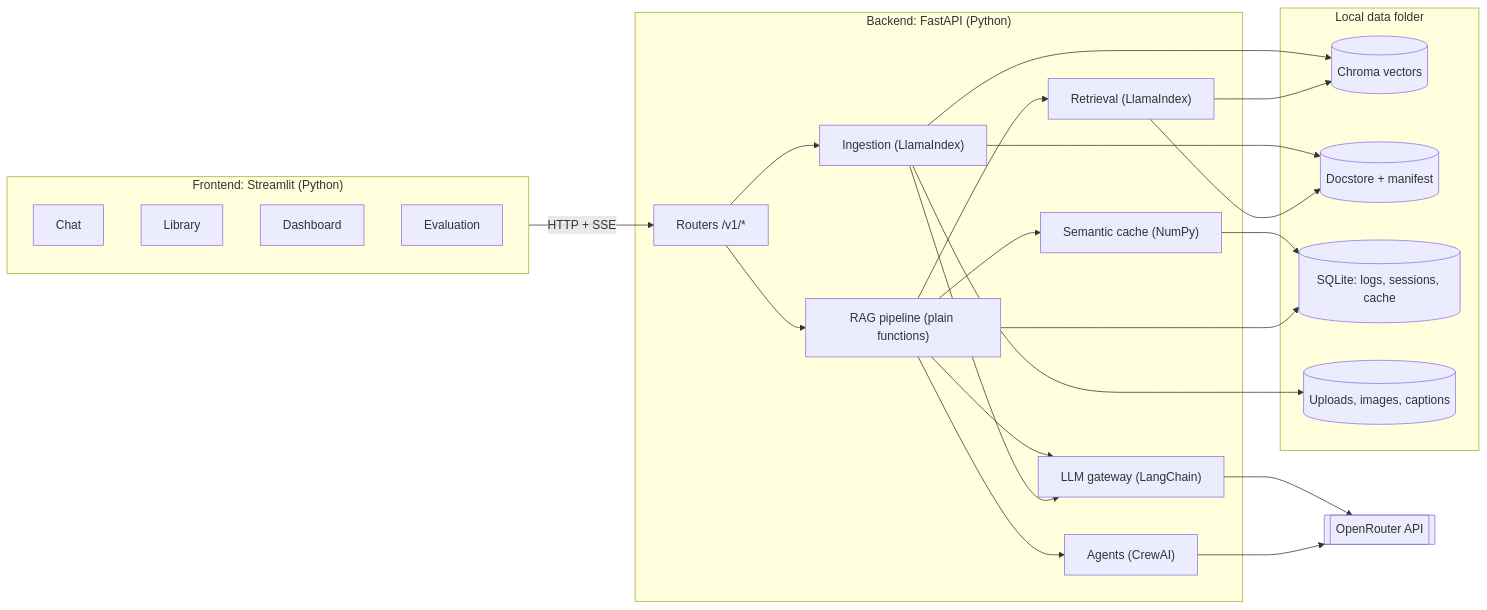
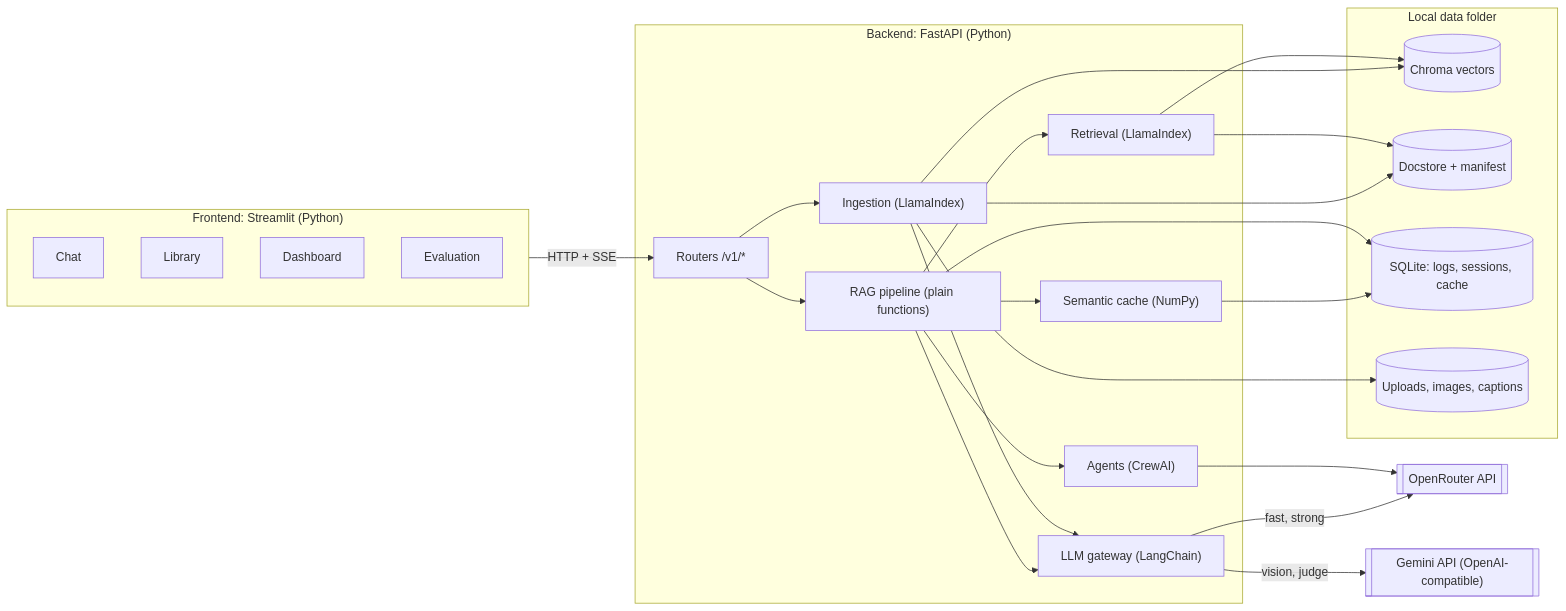
One commit to f243077-cell/Cited-RAG-Project changed the first of 4 diagrams in docs/ARCHITECTURE.md. Above: the diagram before and after it, drawn with Mermaid. The commit also changed other lines of this file and 2 other files, not shown here.

Commit message:
docs: record M3 check, Gemini spike and UI settings exception

````diff
--- a/docs/ARCHITECTURE.md
+++ b/docs/ARCHITECTURE.md
@@ -76,42 +76,44 @@
 ```mermaid
 flowchart LR
   subgraph FE["Frontend: Streamlit (Python)"]
     UI1["Chat"]
     UI2["Library"]
     UI3["Dashboard"]
     UI4["Evaluation"]
   end
   subgraph BE["Backend: FastAPI (Python)"]
     RT["Routers /v1/*"]
     PL["RAG pipeline (plain functions)"]
     CA["Semantic cache (NumPy)"]
     GW["LLM gateway (LangChain)"]
     IN["Ingestion (LlamaIndex)"]
     RE["Retrieval (LlamaIndex)"]
     AG["Agents (CrewAI)"]
   end
   subgraph DATA["Local data folder"]
     CH[("Chroma vectors")]
     DS[("Docstore + manifest")]
     SQ[("SQLite: logs, sessions, cache")]
     FS[("Uploads, images, captions")]
   end
   LLM[["OpenRouter API"]]
+  GEM[["Gemini API (OpenAI-compatible)"]]
   FE -->|"HTTP + SSE"| RT
   RT --> PL
   RT --> IN
   PL --> CA
   PL --> RE
   PL --> GW
   PL --> AG
   IN --> GW
   IN --> CH
   IN --> DS
   RE --> CH
   RE --> DS
   CA --> SQ
   PL --> SQ
-  GW --> LLM
+  GW -->|"fast, strong"| LLM
+  GW -->|"vision, judge"| GEM
   AG --> LLM
   IN --> FS
 ```
````
